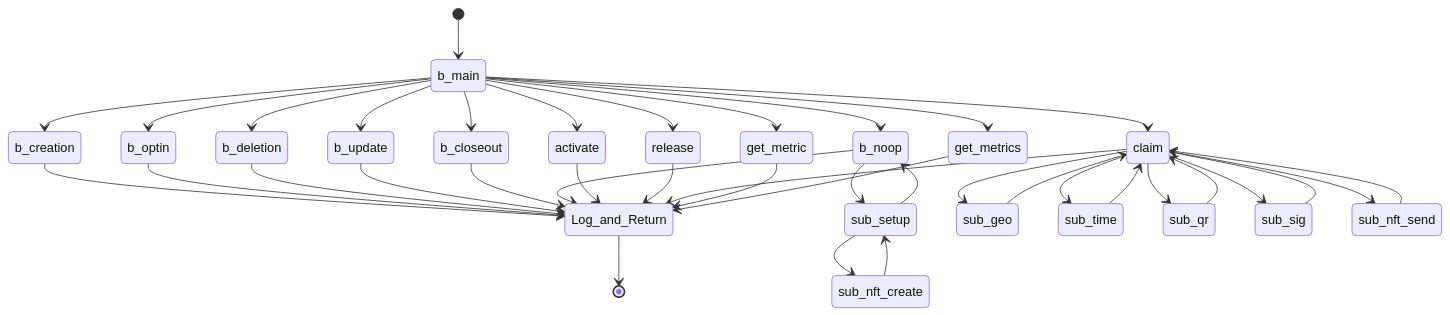
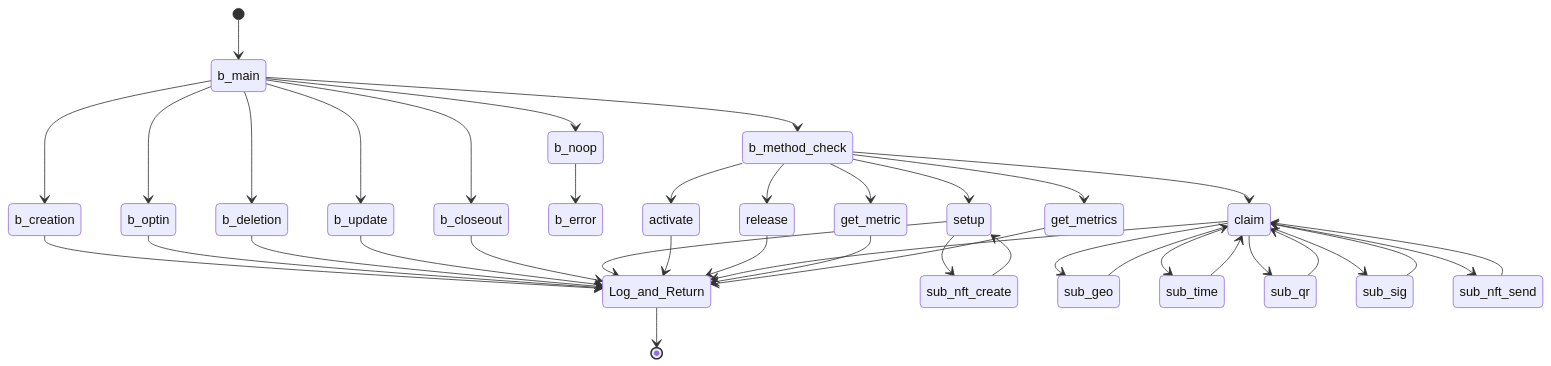
The ninth of 10 diagrams in profile/README.md (GoPlausible/.github), drawn with Mermaid before and after one commit.

````diff
--- a/profile/README.md
+++ b/profile/README.md
@@ -438,55 +438,57 @@
 ```mermaid
   stateDiagram-v2
     [*] --> b_main
     
     b_main --> b_creation
     b_creation --> Log_and_Return
     b_main --> b_optin
     b_optin --> Log_and_Return
     b_main --> b_deletion
     b_deletion --> Log_and_Return
     b_main --> b_update
     b_update --> Log_and_Return
     b_main --> b_closeout
     b_closeout --> Log_and_Return
 
+ 
     b_main --> b_noop
-    b_noop --> sub_setup
-    sub_setup --> sub_nft_create
-    sub_nft_create --> sub_setup
-    sub_setup --> b_noop
-    b_noop --> Log_and_Return
+    b_noop --> b_error
    
+    b_main --> b_method_check
 
+    b_method_check --> setup
+    setup --> sub_nft_create
+    sub_nft_create --> setup
+    setup --> Log_and_Return
 
-    b_main --> activate
+    b_method_check --> activate
     activate --> Log_and_Return
 
-    b_main --> release
+    b_method_check --> release
     release --> Log_and_Return
 
-    b_main --> claim
+    b_method_check --> claim
     claim --> sub_geo
     sub_geo --> claim
     claim --> sub_time
     sub_time --> claim
     claim --> sub_qr
     sub_qr --> claim
     claim --> sub_sig
     sub_sig --> claim
     claim --> sub_nft_send
     sub_nft_send --> claim
     claim --> Log_and_Return
 
   
-    b_main --> get_metric
+    b_method_check --> get_metric
     get_metric --> Log_and_Return
     
   
-    b_main --> get_metrics
+    b_method_check --> get_metrics
     get_metrics --> Log_and_Return
   
     
     Log_and_Return --> [*]
     
 ```
````
